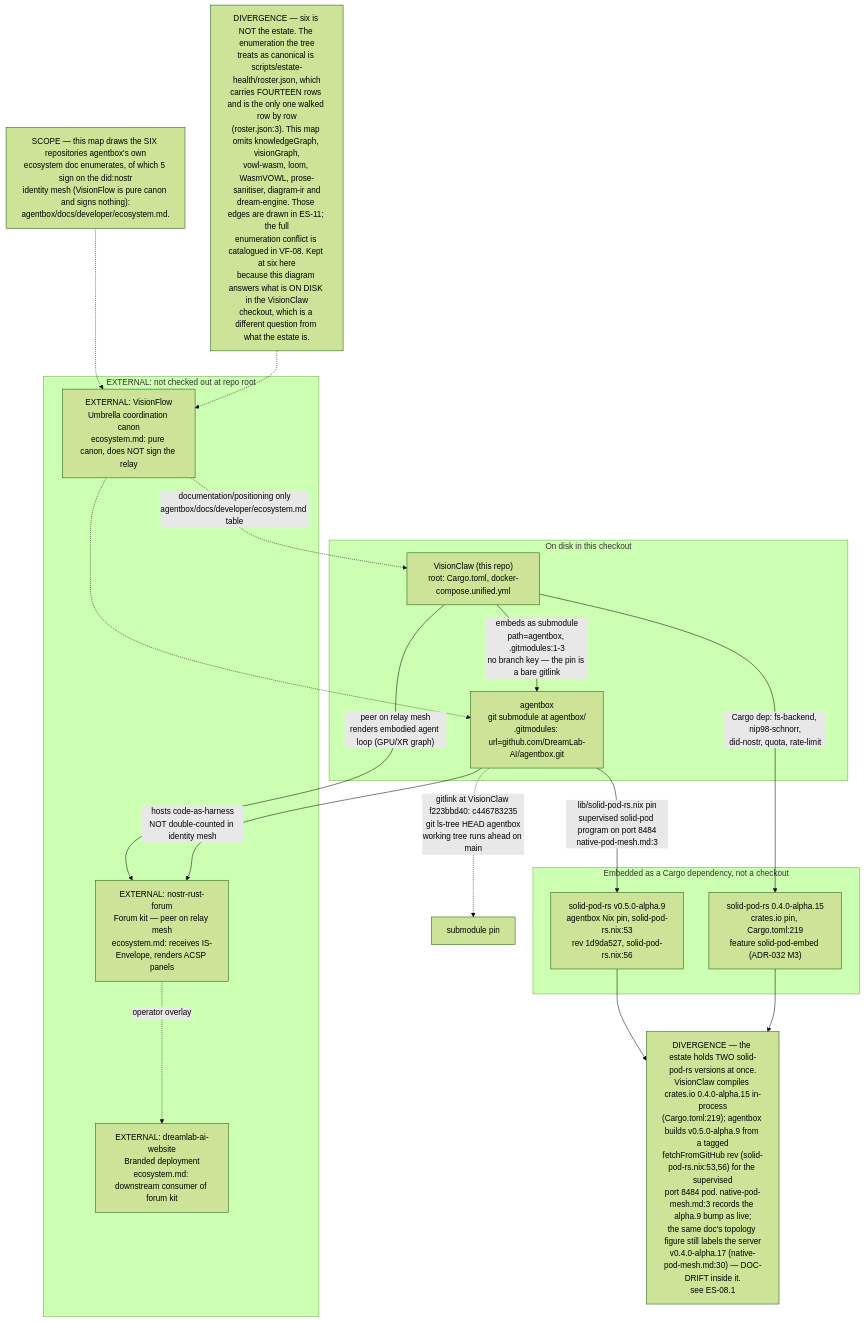
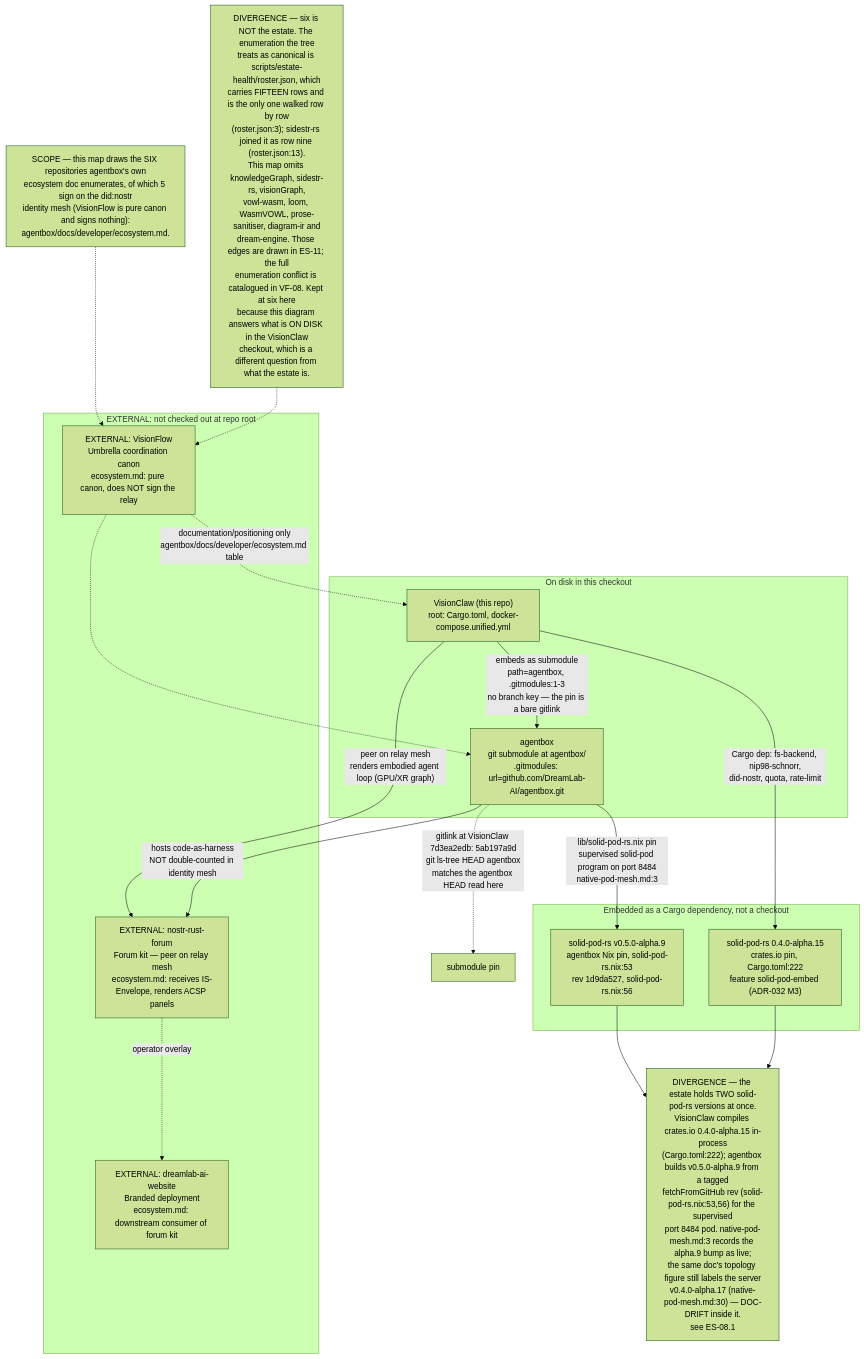
The first of 8 diagrams in docs/diagrams/estate/01-estate-topology.md (DreamLab-AI/VisionFlow), drawn with Mermaid (forest theme) before and after one commit. The commit also changed other lines of this file and 94 other files, not shown here.

First line of the commit message:
docs(diagrams): re-verify 130 topics against 2 October HEADs

````diff
--- a/docs/diagrams/estate/01-estate-topology.md
+++ b/docs/diagrams/estate/01-estate-topology.md
@@ -55,36 +55,36 @@
 ```mermaid
 flowchart TB
     subgraph ONDISK["On disk in this checkout"]
         VC["VisionClaw (this repo)<br/>root: Cargo.toml, docker-compose.unified.yml"]
         AB["agentbox<br/>git submodule at agentbox/<br/>.gitmodules: url=github.com/DreamLab-AI/agentbox.git"]
     end
     VC -->|"embeds as submodule<br/>path=agentbox, .gitmodules:1-3<br/>no branch key — the pin is a bare gitlink"| AB
-    AB -.->|"gitlink at VisionClaw f223bbd40: c446783235<br/>git ls-tree HEAD agentbox<br/>working tree runs ahead on main"| ABPIN["submodule pin"]
+    AB -.->|"gitlink at VisionClaw 7d3ea2edb: 5ab197a9d<br/>git ls-tree HEAD agentbox<br/>matches the agentbox HEAD read here"| ABPIN["submodule pin"]
 
     subgraph CRATE["Embedded as a Cargo dependency, not a checkout"]
-        SPR["solid-pod-rs 0.4.0-alpha.15<br/>crates.io pin, Cargo.toml:219<br/>feature solid-pod-embed (ADR-032 M3)"]
+        SPR["solid-pod-rs 0.4.0-alpha.15<br/>crates.io pin, Cargo.toml:222<br/>feature solid-pod-embed (ADR-032 M3)"]
         SPRN["solid-pod-rs v0.5.0-alpha.9<br/>agentbox Nix pin, solid-pod-rs.nix:53<br/>rev 1d9da527, solid-pod-rs.nix:56"]
     end
     VC -->|"Cargo dep: fs-backend, nip98-schnorr,<br/>did-nostr, quota, rate-limit"| SPR
     AB -->|"lib/solid-pod-rs.nix pin<br/>supervised solid-pod program on port 8484<br/>native-pod-mesh.md:3"| SPRN
 
-    DIVSP["DIVERGENCE — the estate holds TWO solid-pod-rs versions at once.<br/>VisionClaw compiles crates.io 0.4.0-alpha.15 in-process<br/>(Cargo.toml:219); agentbox builds v0.5.0-alpha.9 from a tagged<br/>fetchFromGitHub rev (solid-pod-rs.nix:53,56) for the supervised<br/>port 8484 pod. native-pod-mesh.md:3 records the alpha.9 bump as live;<br/>the same doc's topology figure still labels the server<br/>v0.4.0-alpha.17 (native-pod-mesh.md:30) — DOC-DRIFT inside it.<br/>see ES-08.1"]
+    DIVSP["DIVERGENCE — the estate holds TWO solid-pod-rs versions at once.<br/>VisionClaw compiles crates.io 0.4.0-alpha.15 in-process<br/>(Cargo.toml:222); agentbox builds v0.5.0-alpha.9 from a tagged<br/>fetchFromGitHub rev (solid-pod-rs.nix:53,56) for the supervised<br/>port 8484 pod. native-pod-mesh.md:3 records the alpha.9 bump as live;<br/>the same doc's topology figure still labels the server<br/>v0.4.0-alpha.17 (native-pod-mesh.md:30) — DOC-DRIFT inside it.<br/>see ES-08.1"]
     SPRN --> DIVSP
     SPR --> DIVSP
 
     subgraph EXTERNAL1["EXTERNAL: not checked out at repo root"]
         VF["EXTERNAL: VisionFlow<br/>Umbrella coordination canon<br/>ecosystem.md: pure canon, does NOT sign the relay"]
         NRF["EXTERNAL: nostr-rust-forum<br/>Forum kit — peer on relay mesh<br/>ecosystem.md: receives IS-Envelope, renders ACSP panels"]
         DAW["EXTERNAL: dreamlab-ai-website<br/>Branded deployment<br/>ecosystem.md: downstream consumer of forum kit"]
     end
     VC -->|"peer on relay mesh<br/>renders embodied agent loop (GPU/XR graph)"| NRF
     AB -->|"hosts code-as-harness<br/>NOT double-counted in identity mesh"| NRF
     NRF -.->|"operator overlay"| DAW
     VF -.->|"documentation/positioning only<br/>agentbox/docs/developer/ecosystem.md table"| VC
     VF -.-> AB
 
     NOTE1["SCOPE — this map draws the SIX repositories agentbox's own<br/>ecosystem doc enumerates, of which 5 sign on the did:nostr<br/>identity mesh (VisionFlow is pure canon and signs nothing):<br/>agentbox/docs/developer/ecosystem.md."]
-    NOTE2["DIVERGENCE — six is NOT the estate. The enumeration the tree<br/>treats as canonical is scripts/estate-health/roster.json, which<br/>carries FOURTEEN rows and is the only one walked row by row<br/>(roster.json:3). This map omits knowledgeGraph, visionGraph,<br/>vowl-wasm, loom, WasmVOWL, prose-sanitiser, diagram-ir and<br/>dream-engine. Those edges are drawn in ES-11; the full<br/>enumeration conflict is catalogued in VF-08. Kept at six here<br/>because this diagram answers what is ON DISK in the VisionClaw<br/>checkout, which is a different question from what the estate is."]
+    NOTE2["DIVERGENCE — six is NOT the estate. The enumeration the tree<br/>treats as canonical is scripts/estate-health/roster.json, which<br/>carries FIFTEEN rows and is the only one walked row by row<br/>(roster.json:3); sidestr-rs joined it as row nine (roster.json:13).<br/>This map omits knowledgeGraph, sidestr-rs, visionGraph,<br/>vowl-wasm, loom, WasmVOWL, prose-sanitiser, diagram-ir and<br/>dream-engine. Those edges are drawn in ES-11; the full<br/>enumeration conflict is catalogued in VF-08. Kept at six here<br/>because this diagram answers what is ON DISK in the VisionClaw<br/>checkout, which is a different question from what the estate is."]
     NOTE1 -.-> VF
     NOTE2 -.-> VF
 ```
````
